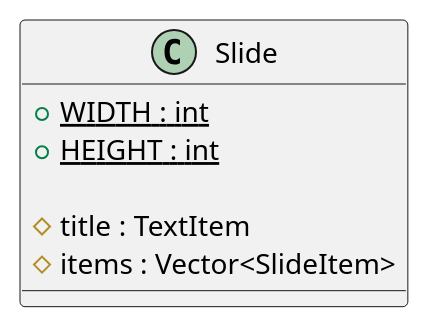
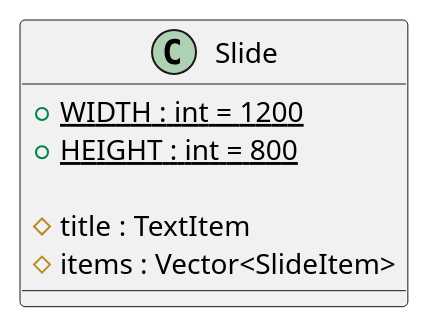
One commit to gabrielrtlima/diagramas-padroes-projeto changed the diagram in classes/Slide.puml. Above: the diagram before and after it, drawn with PlantUML. The commit also changed 11 other files, not shown here.

```diff
--- a/classes/Slide.puml
+++ b/classes/Slide.puml
@@ -1,13 +1,13 @@
 @startuml Slide
 
 class Slide {
 
-  + {static} WIDTH : int
-  + {static} HEIGHT : int
+  + {static} WIDTH : int = 1200
+  + {static} HEIGHT : int = 800
 
   # title : TextItem
   # items : Vector<SlideItem>
 
 }
 
 @enduml
```
